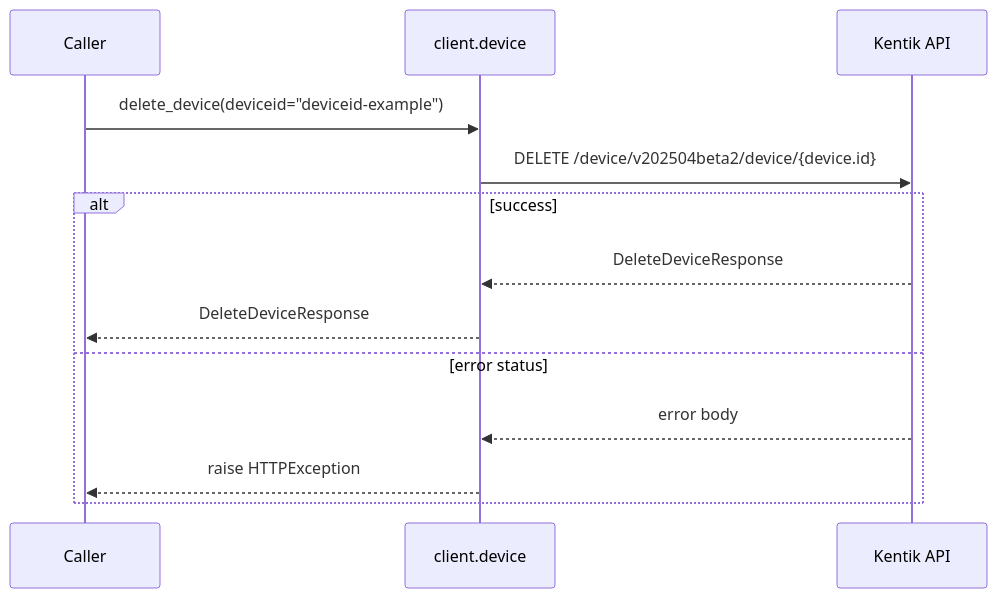
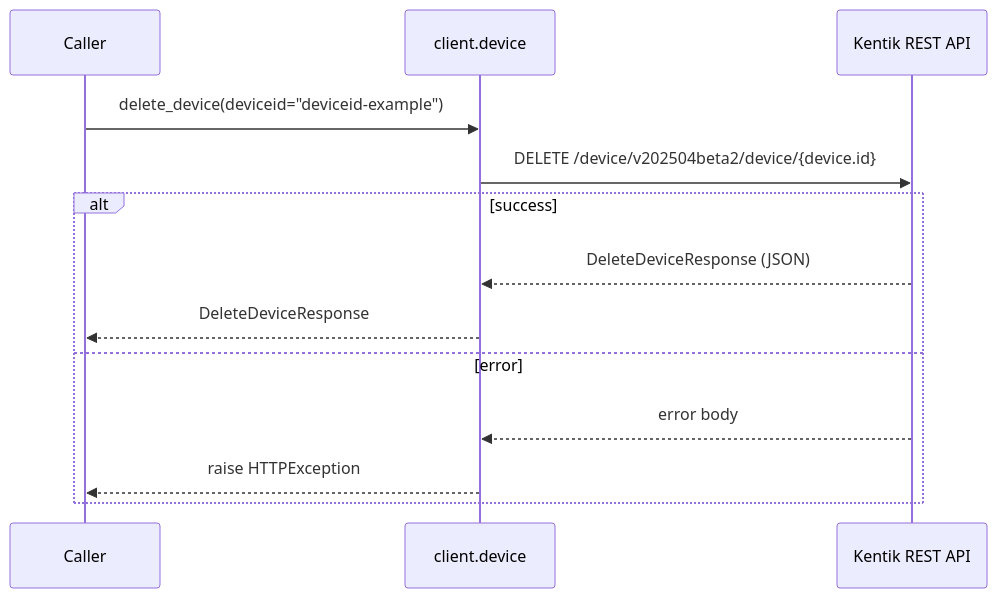
Before and after one commit to alexdearaujo/community_sdk_python: diagram 18 of 22 in docs/sphinx/services/device.md, drawn with Mermaid. The commit also changed other lines of this file and 61 other files, not shown here.

````diff
--- a/docs/sphinx/services/device.md
+++ b/docs/sphinx/services/device.md
@@ -436,16 +638,16 @@
 ```mermaid
 sequenceDiagram
     participant C as Caller
     participant W as client.device
-    participant API as Kentik API
+    participant API as Kentik REST API
 
     C->>W: delete_device(deviceid="deviceid-example")
     W->>API: DELETE /device/v202504beta2/device/{device.id}
     alt success
-        API-->>W: DeleteDeviceResponse
+        API-->>W: DeleteDeviceResponse (JSON)
         W-->>C: DeleteDeviceResponse
-    else error status
+    else error
         API-->>W: error body
         W-->>C: raise HTTPException
     end
 ```
````
